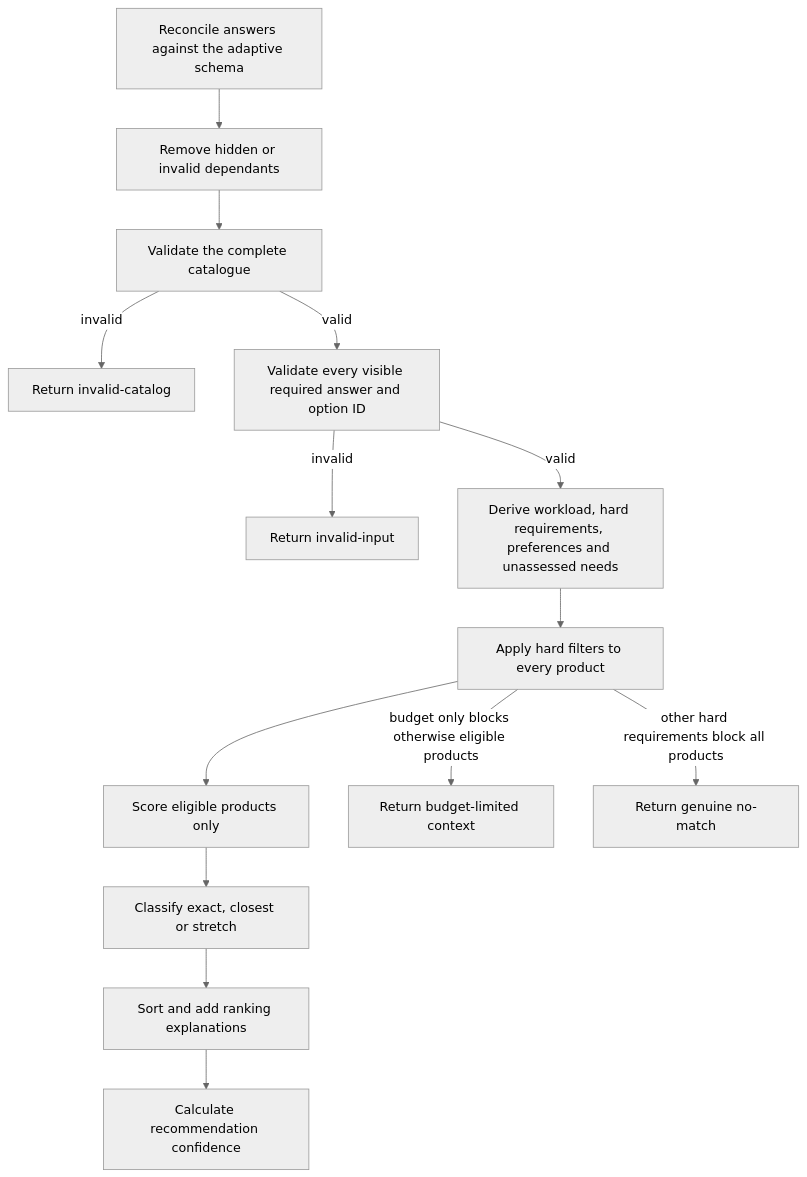
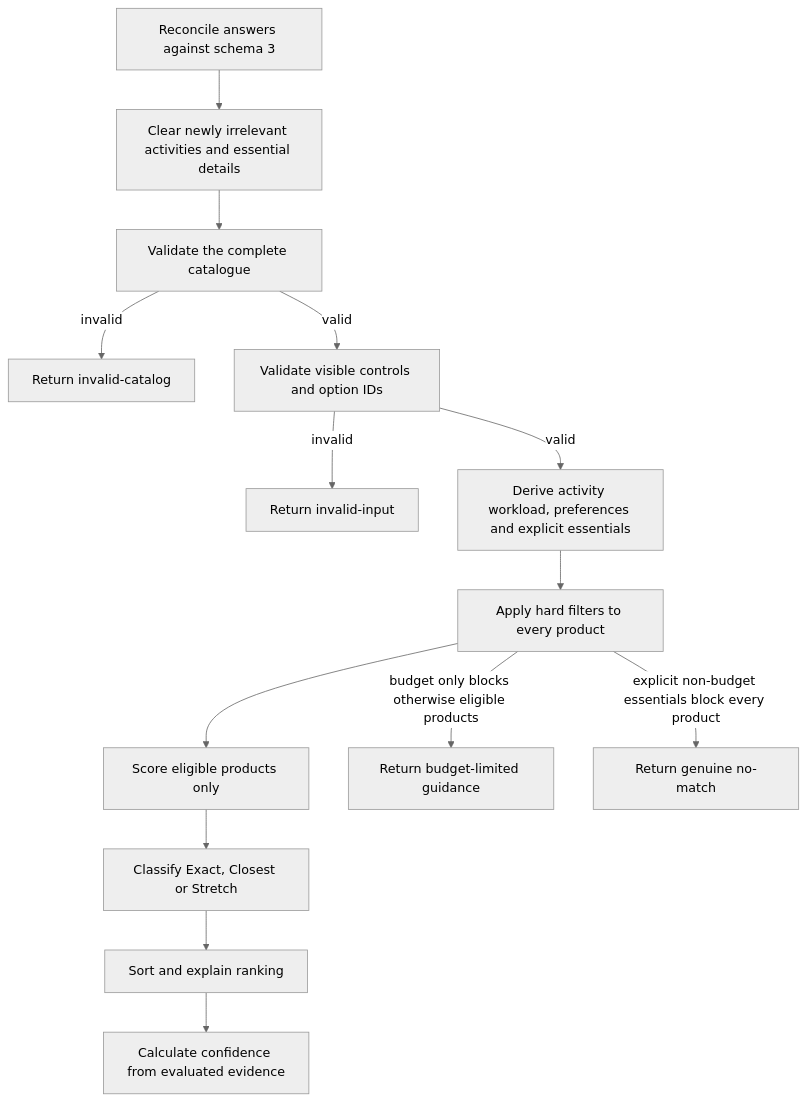
The diagram in docs/algorithm.md (taufeeqahmed-dev/Apple-Product-recommender), drawn with Mermaid (neutral theme) before and after one commit. The commit also changed other lines of this file and 25 other files, not shown here.

First line of the commit message:
refactor: streamline adaptive questionnaire flow

````diff
--- a/docs/algorithm.md
+++ b/docs/algorithm.md
@@ -18,16 +19,16 @@
 ```mermaid
 flowchart TD
-  A["Reconcile answers against the adaptive schema"] --> B["Remove hidden or invalid dependants"]
+  A["Reconcile answers against schema 3"] --> B["Clear newly irrelevant activities and essential details"]
   B --> C["Validate the complete catalogue"]
   C -->|invalid| D["Return invalid-catalog"]
-  C -->|valid| E["Validate every visible required answer and option ID"]
+  C -->|valid| E["Validate visible controls and option IDs"]
   E -->|invalid| F["Return invalid-input"]
-  E -->|valid| G["Derive workload, hard requirements, preferences and unassessed needs"]
+  E -->|valid| G["Derive activity workload, preferences and explicit essentials"]
   G --> H["Apply hard filters to every product"]
   H --> I["Score eligible products only"]
-  I --> J["Classify exact, closest or stretch"]
-  J --> K["Sort and add ranking explanations"]
-  K --> L["Calculate recommendation confidence"]
-  H -->|budget only blocks otherwise eligible products| M["Return budget-limited context"]
-  H -->|other hard requirements block all products| N["Return genuine no-match"]
+  I --> J["Classify Exact, Closest or Stretch"]
+  J --> K["Sort and explain ranking"]
+  K --> L["Calculate confidence from evaluated evidence"]
+  H -->|budget only blocks otherwise eligible products| M["Return budget-limited guidance"]
+  H -->|explicit non-budget essentials block every product| N["Return genuine no-match"]
 ```
````
